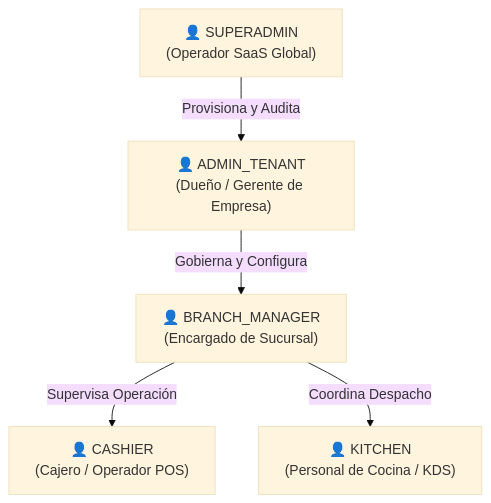
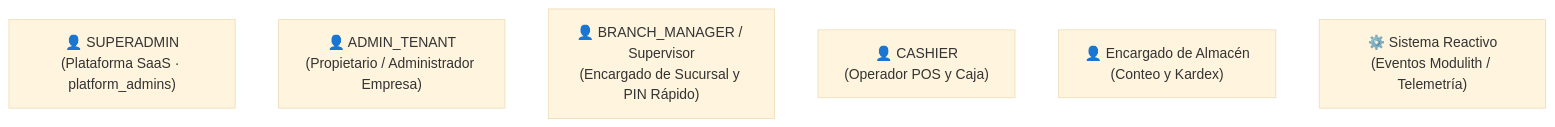
Before and after one commit to vakajose/gestion-restaurante: the first of 2 diagrams in docs/project/architecture/03-use-cases/use_cases_overview.md, drawn with Mermaid (base theme). The commit also changed other lines of this file and 156 other files, not shown here.

````diff
--- a/docs/project/architecture/03-use-cases/use_cases_overview.md
+++ b/docs/project/architecture/03-use-cases/use_cases_overview.md
@@ -28,13 +24,9 @@
 ```mermaid
-flowchart TD
-    SA["👤 SUPERADMIN<br/>(Operador SaaS Global)"]
-    AT["👤 ADMIN_TENANT<br/>(Dueño / Gerente de Empresa)"]
-    BM["👤 BRANCH_MANAGER<br/>(Encargado de Sucursal)"]
-    CS["👤 CASHIER<br/>(Cajero / Operador POS)"]
-    KT["👤 KITCHEN<br/>(Personal de Cocina / KDS)"]
-
-    SA -->|Provisiona y Audita| AT
-    AT -->|Gobierna y Configura| BM
-    BM -->|Supervisa Operación| CS
-    BM -->|Coordina Despacho| KT
+flowchart TB
+    SA["👤 SUPERADMIN<br/>(Plataforma SaaS · platform_admins)"]
+    AT["👤 ADMIN_TENANT<br/>(Propietario / Administrador Empresa)"]
+    BM["👤 BRANCH_MANAGER / Supervisor<br/>(Encargado de Sucursal y PIN Rápido)"]
+    CS["👤 CASHIER<br/>(Operador POS y Caja)"]
+    INV["👤 Encargado de Almacén<br/>(Conteo y Kardex)"]
+    SYS["⚙️ Sistema Reactivo<br/>(Eventos Modulith / Telemetría)"]
 ```
````
